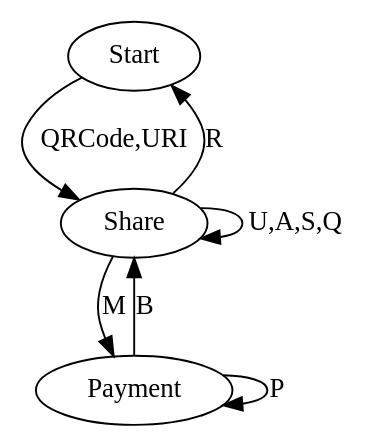
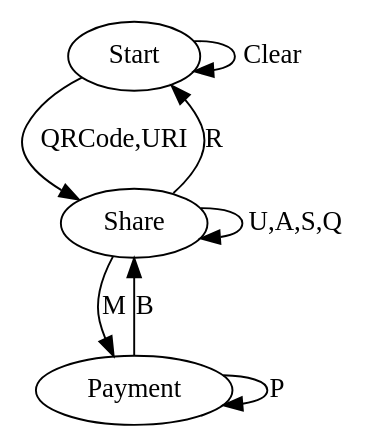
Before and after one commit to wuerges/web: the diagram in analysis/use_cases.dot, drawn with Graphviz. The commit also changed 3 other files, not shown here.

```diff
--- a/analysis/use_cases.dot
+++ b/analysis/use_cases.dot
@@ -1,13 +1,14 @@
 digraph U {
   Start
   Share
   Payment
 
+  Start -> Start [label="Clear"]
   Start -> Share [label="QRCode,URI"]
   Share -> Start [label="R"]
   Share -> Share [label="U,A,S,Q"]
   Share -> Payment [label="M"]
   Payment -> Share [label="B"]
   Payment -> Payment [label="P"]
   
 }
```
